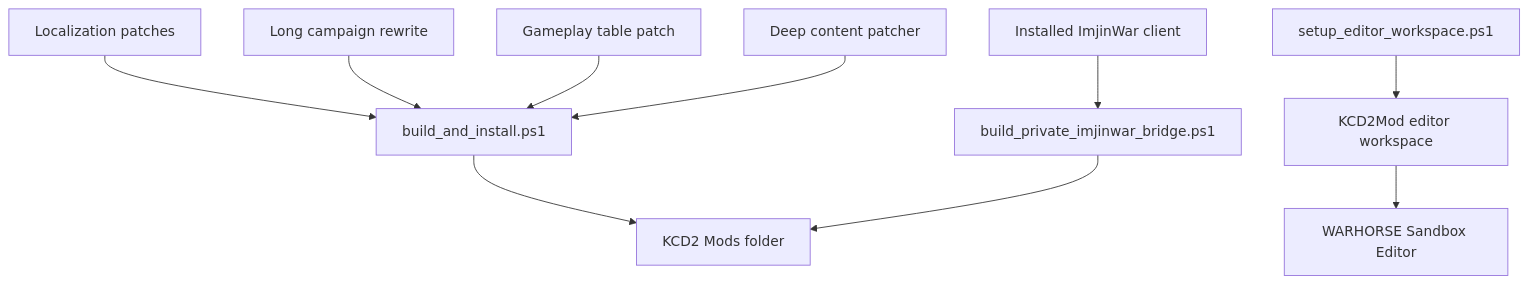
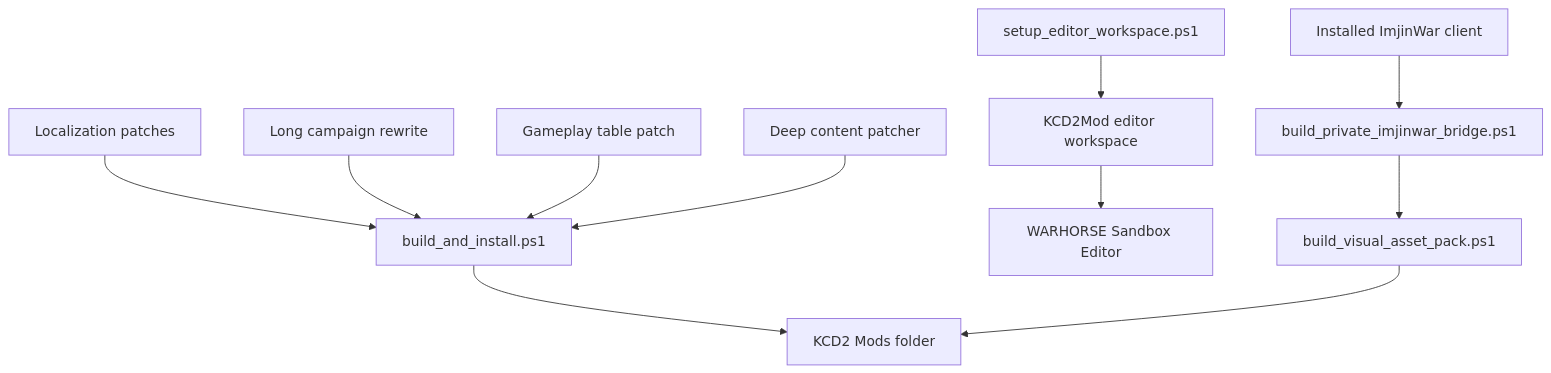
One commit to sinmb79/kcd2-joseon-counterattack-mod changed the diagram in imjin-war-joseon-counterattack-story-lab/kcd2_mod/README.en.md. Above: the diagram before and after it, drawn with Mermaid. The commit also changed other lines of this file and 11 other files, not shown here.

Commit message:
Add Joseon visual asset pack

````diff
--- a/imjin-war-joseon-counterattack-story-lab/kcd2_mod/README.en.md
+++ b/imjin-war-joseon-counterattack-story-lab/kcd2_mod/README.en.md
@@ -84,12 +87,13 @@
 ```mermaid
 flowchart TD
   A["Localization patches"] --> B["build_and_install.ps1"]
   C["Long campaign rewrite"] --> B
   D["Gameplay table patch"] --> B
   K["Deep content patcher"] --> B
   B --> E["KCD2 Mods folder"]
   F["setup_editor_workspace.ps1"] --> G["KCD2Mod editor workspace"]
   G --> H["WARHORSE Sandbox Editor"]
   I["Installed ImjinWar client"] --> J["build_private_imjinwar_bridge.ps1"]
-  J --> E
+  J --> L["build_visual_asset_pack.ps1"]
+  L --> E
 ```
````
